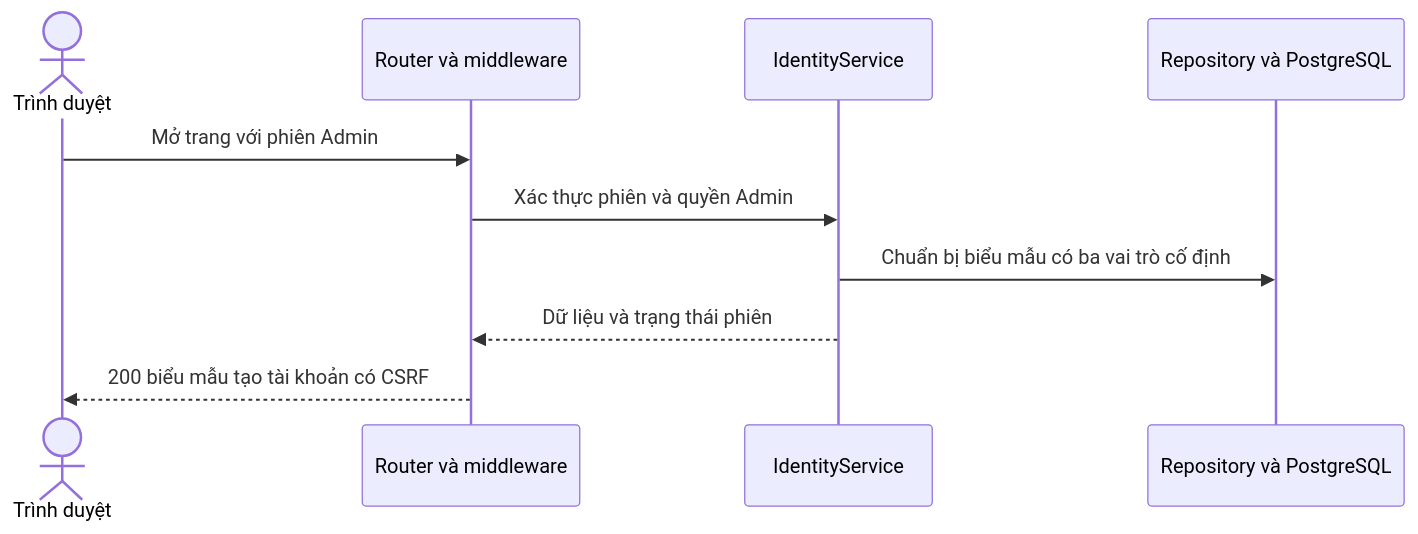
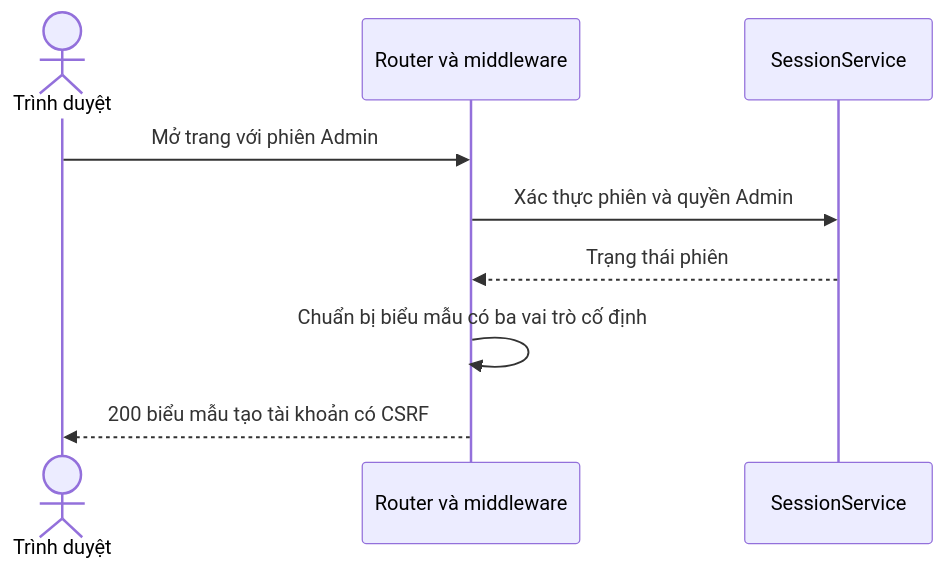
One commit to thanhklt/sobie-swimwear-e-commerce changed the diagram in docs/sequence/identity/get-admin-accounts-new.md. Above: the diagram before and after it, drawn with Mermaid. The commit also changed 127 other files, not shown here.

````diff
--- a/docs/sequence/identity/get-admin-accounts-new.md
+++ b/docs/sequence/identity/get-admin-accounts-new.md
@@ -5,12 +5,11 @@
 ```mermaid
 sequenceDiagram
     actor Browser as Trình duyệt
     participant Route as Router và middleware
-    participant Service as IdentityService
-    participant Data as Repository và PostgreSQL
+    participant Service as SessionService
     Browser->>Route: Mở trang với phiên Admin
     Route->>Service: Xác thực phiên và quyền Admin
-    Service->>Data: Chuẩn bị biểu mẫu có ba vai trò cố định
-    Service-->>Route: Dữ liệu và trạng thái phiên
+    Service-->>Route: Trạng thái phiên
+    Route->>Route: Chuẩn bị biểu mẫu có ba vai trò cố định
     Route-->>Browser: 200 biểu mẫu tạo tài khoản có CSRF
 ```
````
